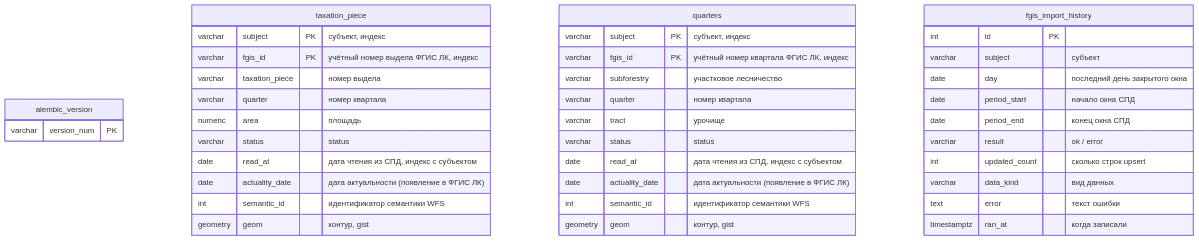
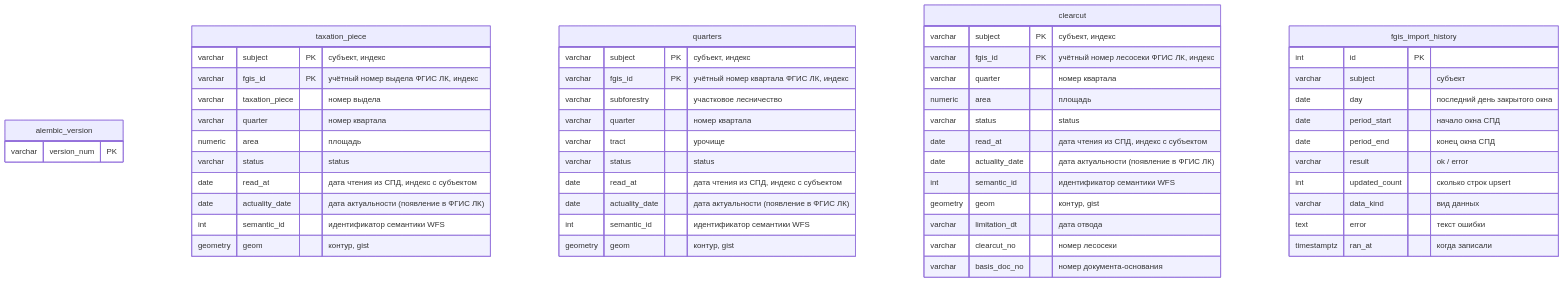
One commit to AversIgor/dbms changed the diagram in migrate/schema.md. Above: the diagram before and after it, drawn with Mermaid. The commit also changed other lines of this file and 3 other files, not shown here.

Commit message:
Добавлена таблица 'clearcut' в схему базы данных с соответствующими полями и индексами. Обновлены документация и контекст для отражения новых данных. Изменен требуемый схематический идентификатор на '0009_clearcut'.

````diff
--- a/migrate/schema.md
+++ b/migrate/schema.md
@@ -5,42 +5,56 @@
 ```mermaid
 erDiagram
   alembic_version {
     varchar version_num PK
   }
   taxation_piece {
     varchar subject PK "субъект, индекс"
     varchar fgis_id PK "учётный номер выдела ФГИС ЛК, индекс"
     varchar taxation_piece "номер выдела"
     varchar quarter "номер квартала"
     numeric area "площадь"
     varchar status "status"
     date read_at "дата чтения из СПД, индекс с субъектом"
     date actuality_date "дата актуальности (появление в ФГИС ЛК)"
     int semantic_id "идентификатор семантики WFS"
     geometry geom "контур, gist"
   }
   quarters {
     varchar subject PK "субъект, индекс"
     varchar fgis_id PK "учётный номер квартала ФГИС ЛК, индекс"
     varchar subforestry "участковое лесничество"
     varchar quarter "номер квартала"
     varchar tract "урочище"
     varchar status "status"
     date read_at "дата чтения из СПД, индекс с субъектом"
     date actuality_date "дата актуальности (появление в ФГИС ЛК)"
     int semantic_id "идентификатор семантики WFS"
     geometry geom "контур, gist"
   }
+  clearcut {
+    varchar subject PK "субъект, индекс"
+    varchar fgis_id PK "учётный номер лесосеки ФГИС ЛК, индекс"
+    varchar quarter "номер квартала"
+    numeric area "площадь"
+    varchar status "status"
+    date read_at "дата чтения из СПД, индекс с субъектом"
+    date actuality_date "дата актуальности (появление в ФГИС ЛК)"
+    int semantic_id "идентификатор семантики WFS"
+    geometry geom "контур, gist"
+    varchar limitation_dt "дата отвода"
+    varchar clearcut_no "номер лесосеки"
+    varchar basis_doc_no "номер документа-основания"
+  }
   fgis_import_history {
     int id PK
     varchar subject "субъект"
     date day "последний день закрытого окна"
     date period_start "начало окна СПД"
     date period_end "конец окна СПД"
     varchar result "ok / error"
     int updated_count "сколько строк upsert"
     varchar data_kind "вид данных"
     text error "текст ошибки"
     timestamptz ran_at "когда записали"
   }
 ```
````
